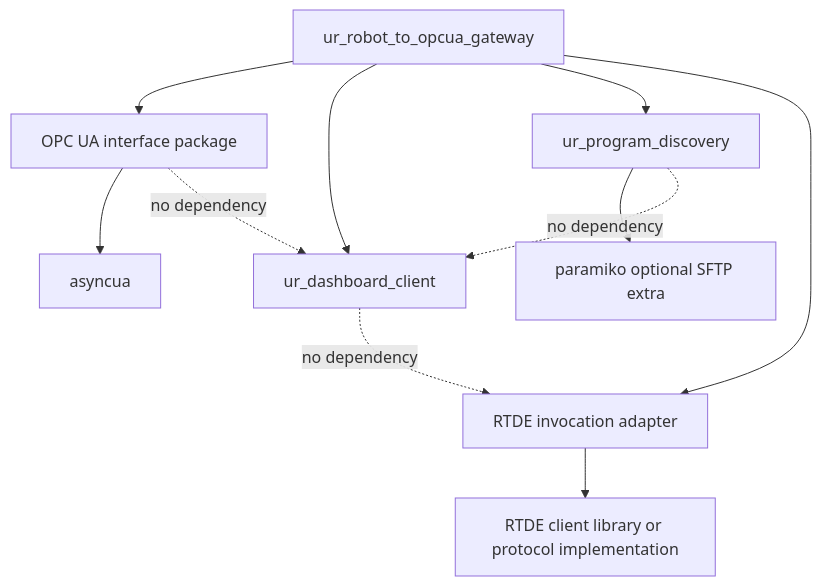
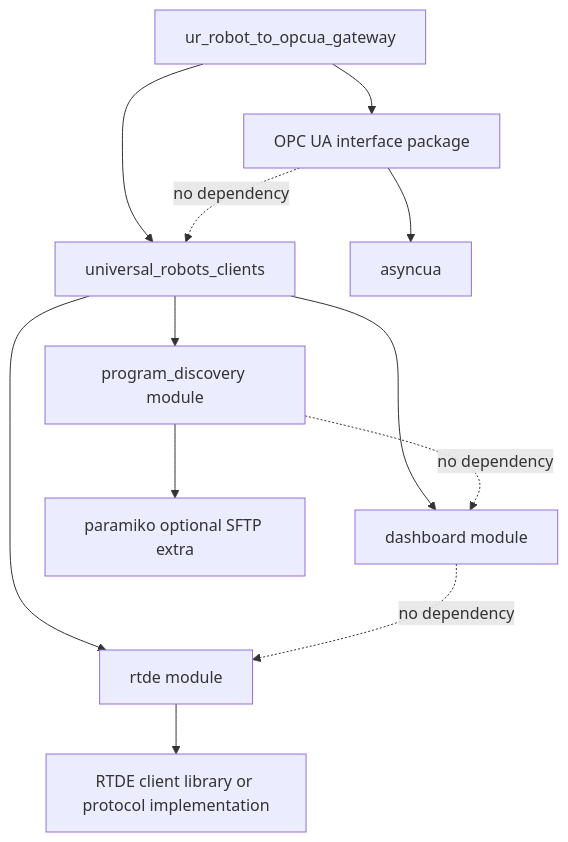
Before and after one commit to CraigBuilds/ur_dashboard_to_opcua_gateway: the second of 2 diagrams in docs/multi-protocol-gateway-architecture.md, drawn with Mermaid. The commit also changed other lines of this file and 3 other files, not shown here.

Commit message:
Consolidate Universal Robots package proposal

````diff
--- a/docs/multi-protocol-gateway-architecture.md
+++ b/docs/multi-protocol-gateway-architecture.md
@@ -378,15 +381,17 @@
 ```mermaid
 flowchart TD
     Gateway["ur_robot_to_opcua_gateway"] --> OpcPackage["OPC UA interface package"]
-    Gateway --> DashboardPackage["ur_dashboard_client"]
-    Gateway --> DiscoveryPackage["ur_program_discovery"]
-    Gateway --> RtdeAdapter["RTDE invocation adapter"]
+    Gateway --> UrClients["universal_robots_clients"]
+
+    UrClients --> DashboardModule["dashboard module"]
+    UrClients --> ProgramDiscoveryModule["program_discovery module"]
+    UrClients --> RtdeModule["rtde module"]
 
     OpcPackage --> AsyncUa["asyncua"]
-    DiscoveryPackage --> Paramiko["paramiko optional SFTP extra"]
-    RtdeAdapter --> RtdeLibrary["RTDE client library or protocol implementation"]
+    ProgramDiscoveryModule --> Paramiko["paramiko optional SFTP extra"]
+    RtdeModule --> RtdeLibrary["RTDE client library or protocol implementation"]
 
-    DashboardPackage -. no dependency .-> RtdeAdapter
-    DiscoveryPackage -. no dependency .-> DashboardPackage
-    OpcPackage -. no dependency .-> DashboardPackage
+    DashboardModule -. no dependency .-> RtdeModule
+    ProgramDiscoveryModule -. no dependency .-> DashboardModule
+    OpcPackage -. no dependency .-> UrClients
 ```
````
